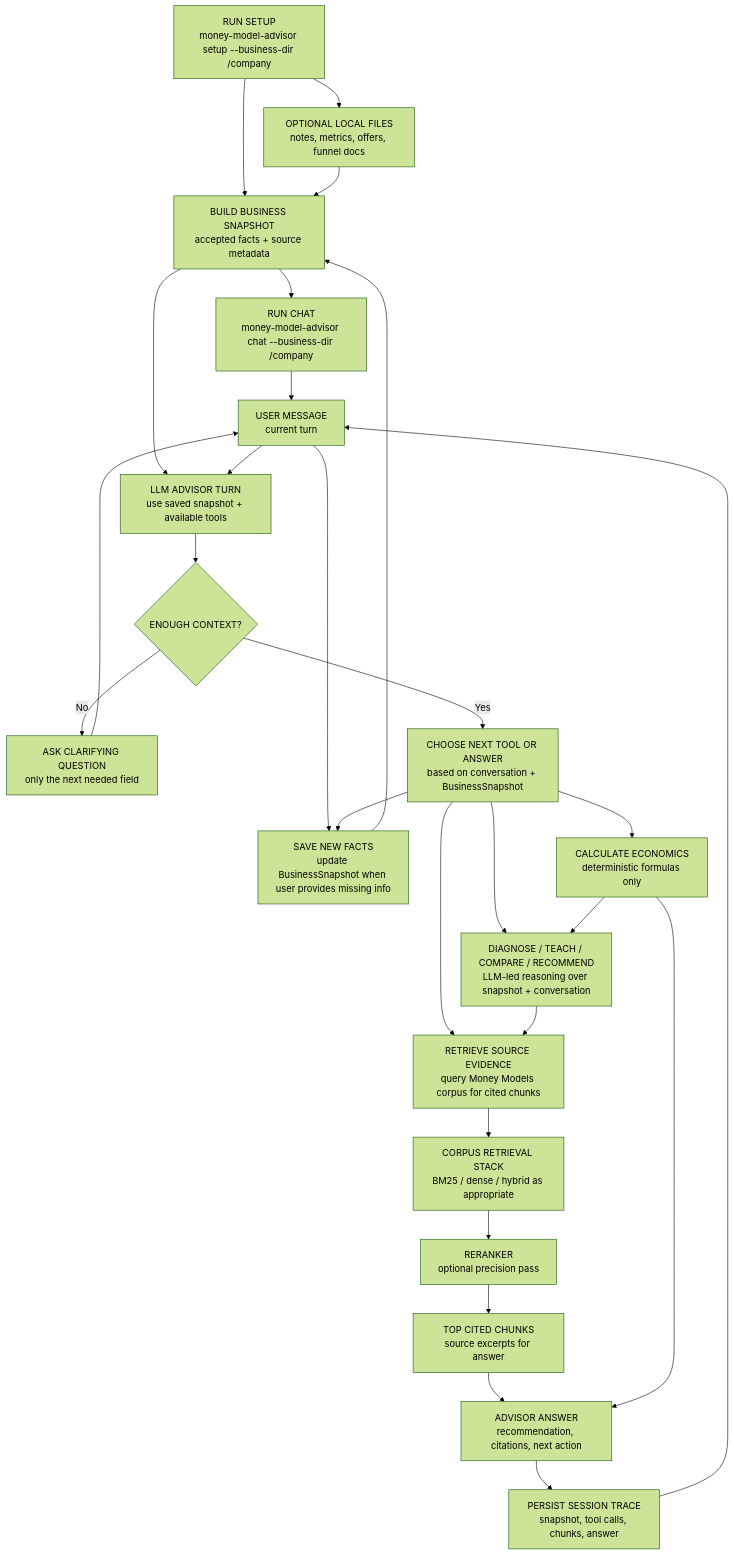
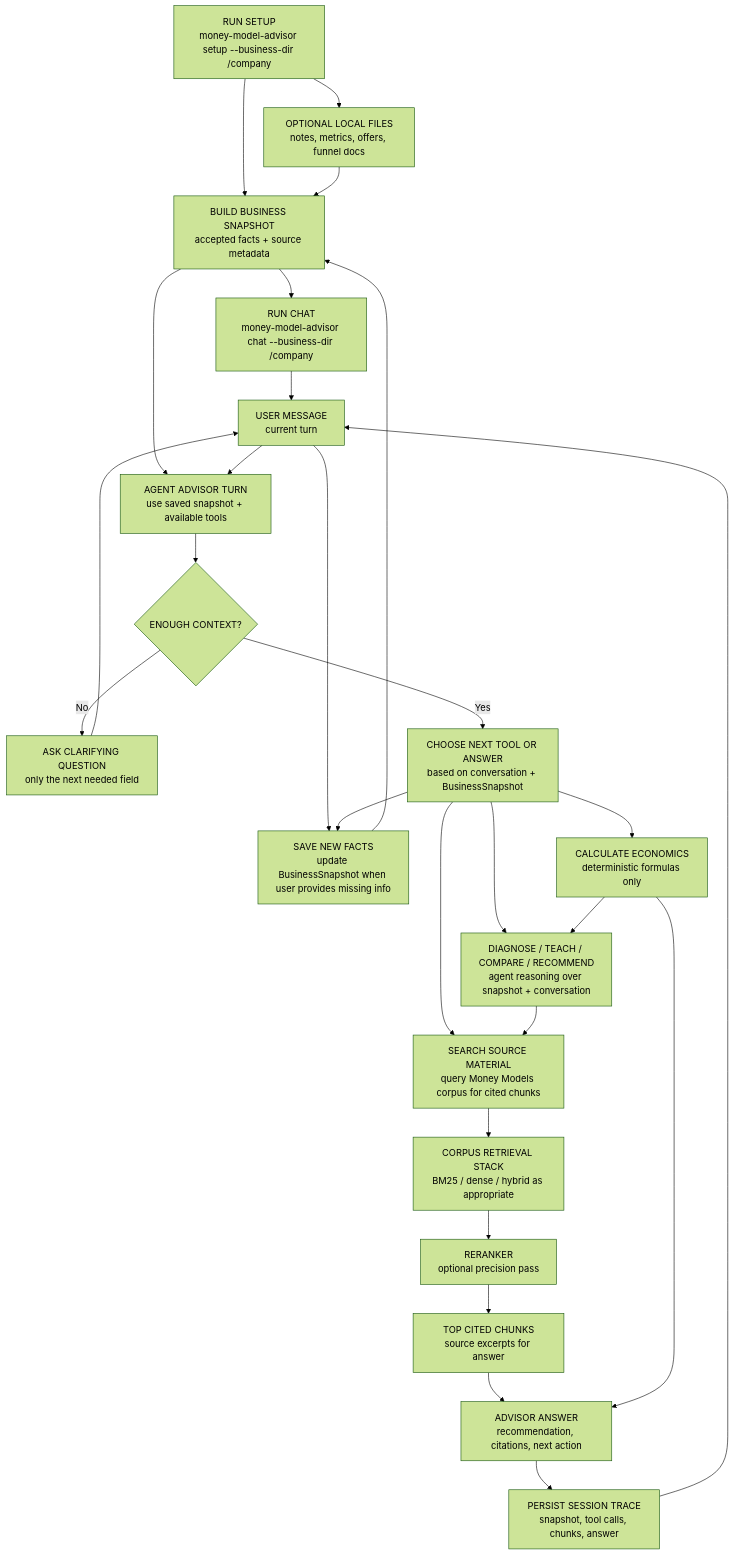
The diagram in IMPLEMENTATION_PLAN.md (nine4-team/money-models-advisor), drawn with Mermaid (forest theme) before and after one commit. The commit also changed other lines of this file and 8 other files, not shown here.

````diff
--- a/IMPLEMENTATION_PLAN.md
+++ b/IMPLEMENTATION_PLAN.md
@@ -38,35 +38,35 @@
 ```mermaid
 flowchart TD
   A["RUN SETUP<br/>money-model-advisor setup --business-dir /company"] --> B["OPTIONAL LOCAL FILES<br/>notes, metrics, offers, funnel docs"]
   A --> C["BUILD BUSINESS SNAPSHOT<br/>accepted facts + source metadata"]
   B --> C
 
   C --> D["RUN CHAT<br/>money-model-advisor chat --business-dir /company"]
   D --> E["USER MESSAGE<br/>current turn"]
-  C --> F["LLM ADVISOR TURN<br/>use saved snapshot + available tools"]
+  C --> F["AGENT ADVISOR TURN<br/>use saved snapshot + available tools"]
   E --> F
 
   F --> G{"ENOUGH CONTEXT?"}
   G -- "No" --> H["ASK CLARIFYING QUESTION<br/>only the next needed field"]
   H --> E
   E --> S["SAVE NEW FACTS<br/>update BusinessSnapshot when user provides missing info"]
   S --> C
 
   G -- "Yes" --> I["CHOOSE NEXT TOOL OR ANSWER<br/>based on conversation + BusinessSnapshot"]
   I --> J["CALCULATE ECONOMICS<br/>deterministic formulas only"]
-  I --> K["DIAGNOSE / TEACH / COMPARE / RECOMMEND<br/>LLM-led reasoning over snapshot + conversation"]
-  I --> M["RETRIEVE SOURCE EVIDENCE<br/>query Money Models corpus for cited chunks"]
+  I --> K["DIAGNOSE / TEACH / COMPARE / RECOMMEND<br/>agent reasoning over snapshot + conversation"]
+  I --> M["SEARCH SOURCE MATERIAL<br/>query Money Models corpus for cited chunks"]
   I --> S
 
   J --> K
   K --> M
 
   M --> N["CORPUS RETRIEVAL STACK<br/>BM25 / dense / hybrid as appropriate"]
   N --> O["RERANKER<br/>optional precision pass"]
   O --> P["TOP CITED CHUNKS<br/>source excerpts for answer"]
 
   P --> Q["ADVISOR ANSWER<br/>recommendation, citations, next action"]
   J --> Q
   Q --> R["PERSIST SESSION TRACE<br/>snapshot, tool calls, chunks, answer"]
   R --> E
 ```
````
